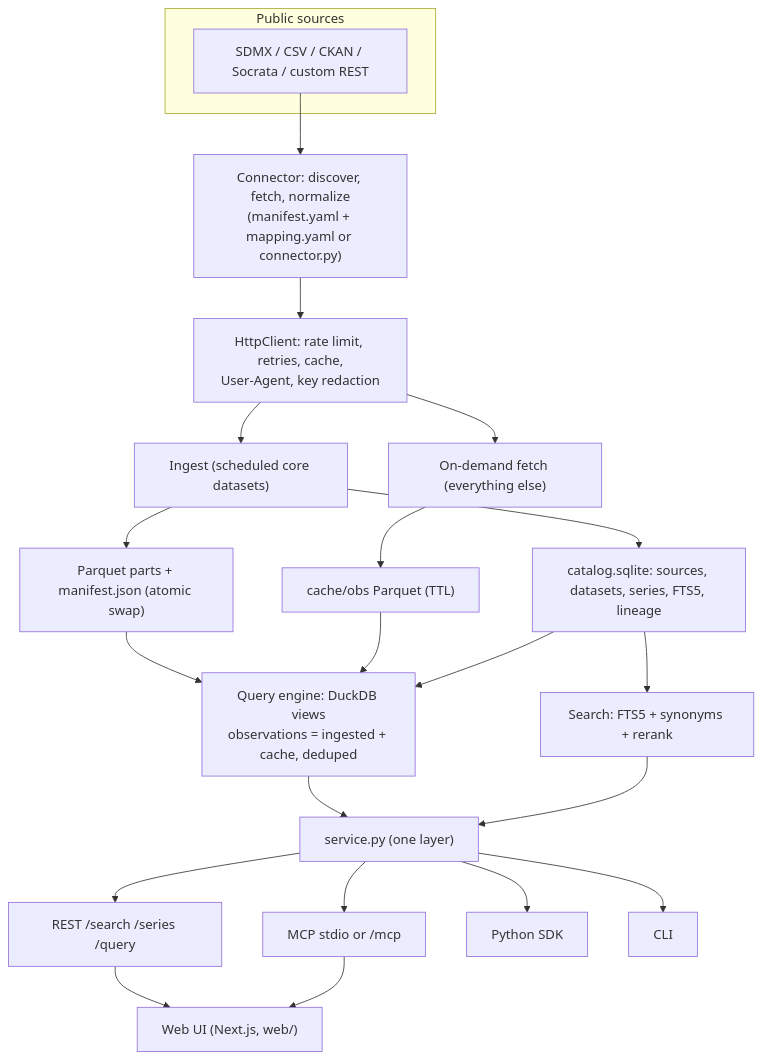
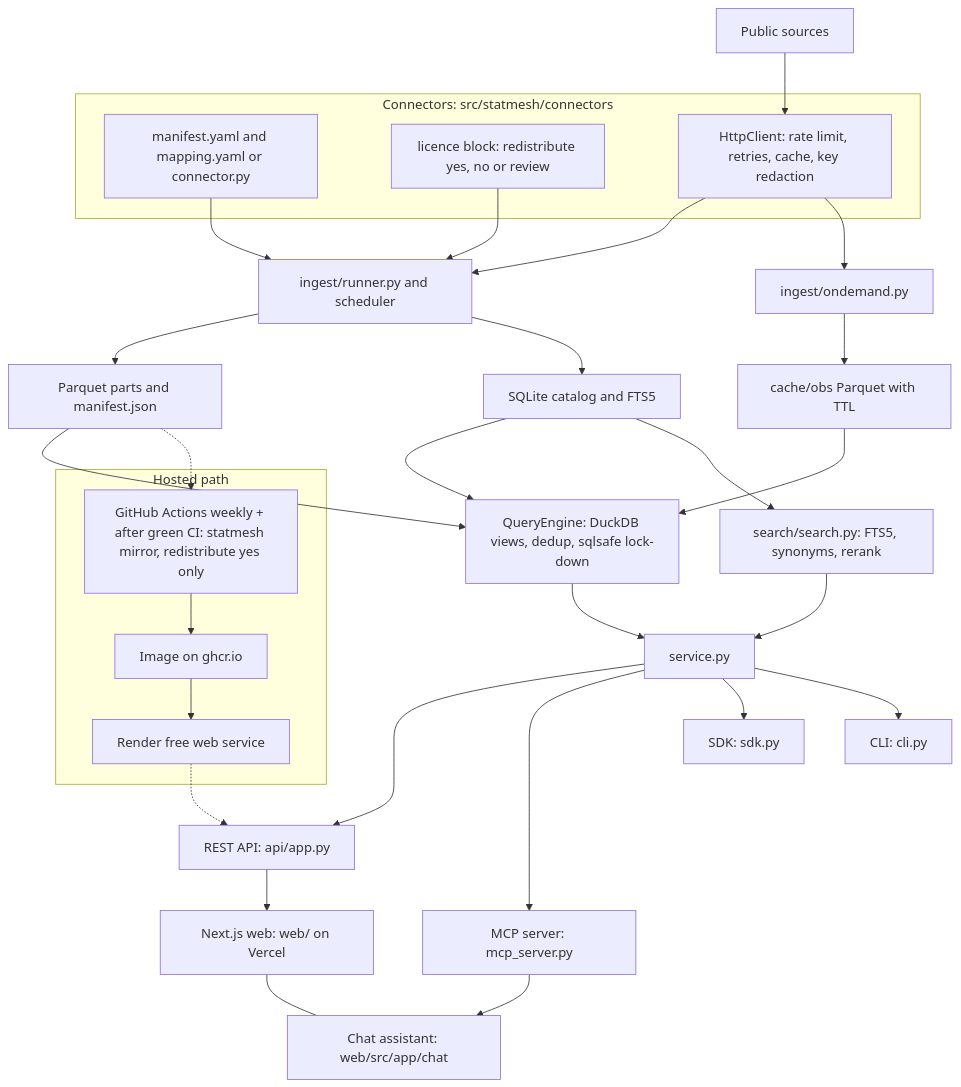
One commit to pathakvikash/statmesh changed the first of 2 diagrams in README.md. Above: the diagram before and after it, drawn with Mermaid. The commit also changed other lines of this file and 2 other files, not shown here.

Commit message:
README: short front page with architecture and assistant diagrams; detail moved to docs/reference.md

````diff
--- a/README.md
+++ b/README.md
@@ -194,25 +45,36 @@
 ```mermaid
 flowchart TD
-  subgraph Sources["Public sources"]
-    S1["SDMX / CSV / CKAN / Socrata / custom REST"]
+  subgraph CON["Connectors: src/statmesh/connectors"]
+    MAN["manifest.yaml and mapping.yaml or connector.py"]
+    LIC["licence block: redistribute yes, no or review"]
+    HC["HttpClient: rate limit, retries, cache, key redaction"]
   end
-  S1 --> C["Connector: discover, fetch, normalize<br/>(manifest.yaml + mapping.yaml or connector.py)"]
-  C --> H["HttpClient: rate limit, retries, cache,<br/>User-Agent, key redaction"]
-  H --> I["Ingest (scheduled core datasets)"]
-  H --> O["On-demand fetch (everything else)"]
-  I --> P["Parquet parts + manifest.json (atomic swap)"]
-  I --> K["catalog.sqlite: sources, datasets, series, FTS5, lineage"]
-  O --> CA["cache/obs Parquet (TTL)"]
-  P --> E["Query engine: DuckDB views<br/>observations = ingested + cache, deduped"]
-  CA --> E
-  K --> E
-  K --> SR["Search: FTS5 + synonyms + rerank"]
-  E --> SV["service.py (one layer)"]
-  SR --> SV
-  SV --> R["REST /search /series /query"]
-  SV --> M["MCP stdio or /mcp"]
-  SV --> PY["Python SDK"]
-  SV --> CLI["CLI"]
-  R --> W["Web UI (Next.js, web/)"]
-  M --> W
+  SRC["Public sources"] --> HC
+  MAN --> RUN
+  LIC --> RUN
+  HC --> RUN["ingest/runner.py and scheduler"]
+  HC --> OD["ingest/ondemand.py"]
+  RUN --> PQ["Parquet parts and manifest.json"]
+  RUN --> CAT["SQLite catalog and FTS5"]
+  OD --> CACHE["cache/obs Parquet with TTL"]
+  PQ --> QE
+  CACHE --> QE
+  CAT --> QE["QueryEngine: DuckDB views, dedup, sqlsafe lock-down"]
+  CAT --> SRCH["search/search.py: FTS5, synonyms, rerank"]
+  QE --> SV["service.py"]
+  SRCH --> SV
+  SV --> REST["REST API: api/app.py"]
+  SV --> MCP["MCP server: mcp_server.py"]
+  SV --> SDK["SDK: sdk.py"]
+  SV --> CLI["CLI: cli.py"]
+  REST --> WEB["Next.js web: web/ on Vercel"]
+  MCP --> CHAT["Chat assistant: web/src/app/chat"]
+  WEB --- CHAT
+
+  subgraph HOST["Hosted path"]
+    GHA["GitHub Actions weekly + after green CI: statmesh mirror, redistribute yes only"] --> GHCR["Image on ghcr.io"]
+    GHCR --> RENDER["Render free web service"]
+  end
+  PQ -.-> GHA
+  RENDER -.-> REST
 ```
````
